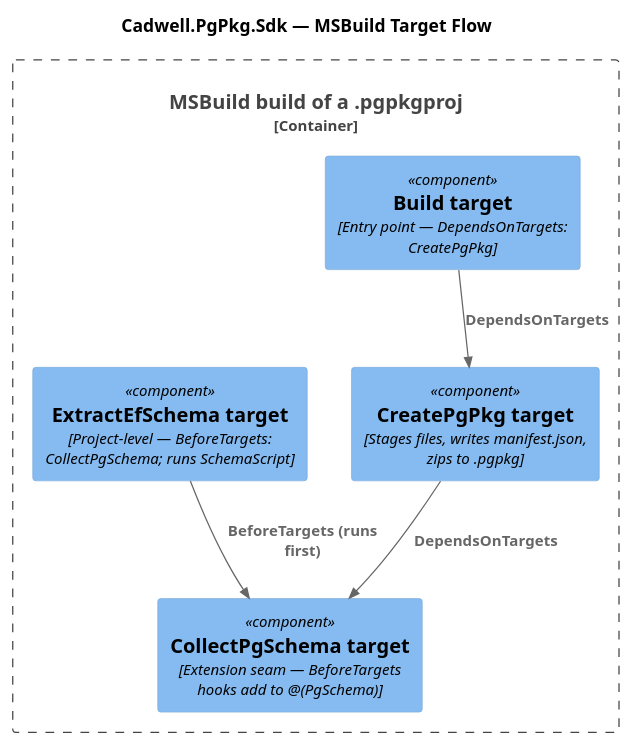
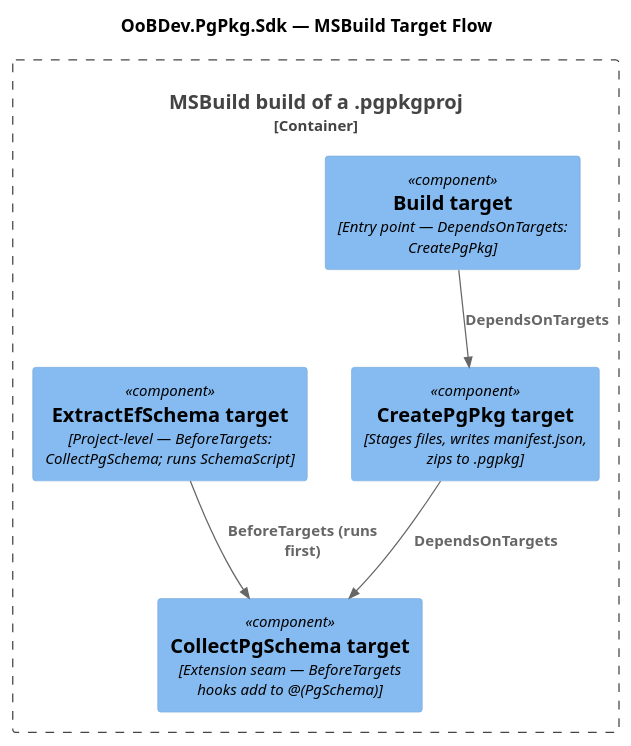
The fourth of 4 diagrams in docs/architecture.md (Mwwhited-BookLearning/PgPlayground), drawn with PlantUML before and after one commit. The commit also changed other lines of this file and 38 other files, not shown here.

First line of the commit message:
Rename Cadwell.PgPkg.* to OoBDev.PgPkg.*

````diff
--- a/docs/architecture.md
+++ b/docs/architecture.md
@@ -111,19 +111,19 @@
 ```plantuml
 @startuml C4_Component_SDK
 !include https://raw.githubusercontent.com/plantuml-stdlib/C4-PlantUML/master/C4_Component.puml
 
-title Cadwell.PgPkg.Sdk — MSBuild Target Flow
+title OoBDev.PgPkg.Sdk — MSBuild Target Flow
 
 Container_Boundary(sdk, "MSBuild build of a .pgpkgproj") {
     Component(build,          "Build target",          "Entry point — DependsOnTargets: CreatePgPkg")
     Component(collect,        "CollectPgSchema target","Extension seam — BeforeTargets hooks add to @(PgSchema)")
     Component(extract,        "ExtractEfSchema target","Project-level — BeforeTargets: CollectPgSchema; runs SchemaScript")
     Component(create,         "CreatePgPkg target",    "Stages files, writes manifest.json, zips to .pgpkg")
 }
 
 Rel(build,    create,   "DependsOnTargets")
 Rel(create,   collect,  "DependsOnTargets")
 Rel(extract,  collect,  "BeforeTargets (runs first)")
 
 @enduml
 ```
````
